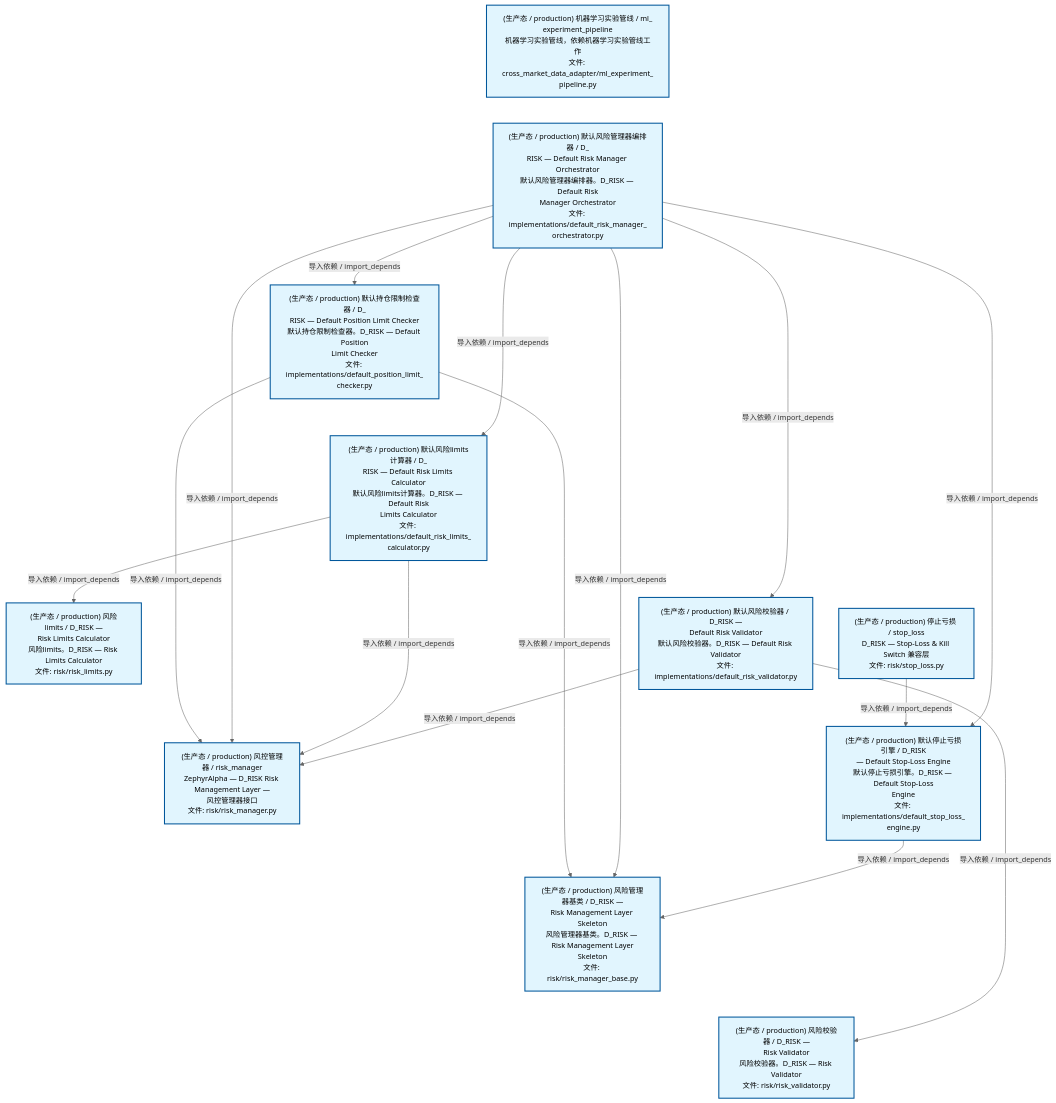
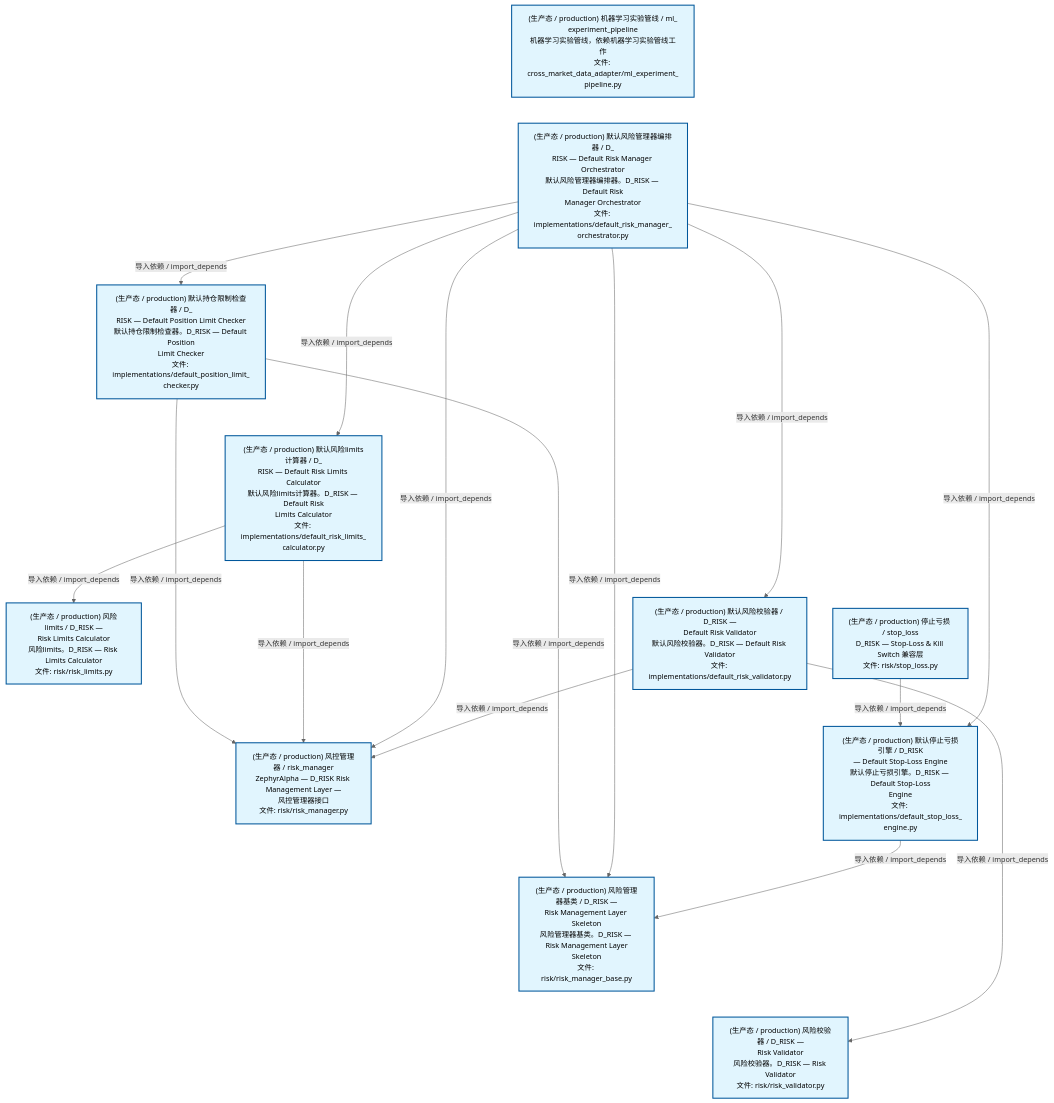
One commit to xuanFelixVan/ZephyrAlpha changed the second of 4 diagrams in docs/02_enterprise_architecture/02_domain_architecture_docs/65_d_risk.md. Above: the diagram before and after it, drawn with Mermaid. The commit also changed other lines of this file and 40 other files, not shown here.

````diff
--- a/docs/02_enterprise_architecture/02_domain_architecture_docs/65_d_risk.md
+++ b/docs/02_enterprise_architecture/02_domain_architecture_docs/65_d_risk.md
@@ -134,42 +134,42 @@
 ```mermaid
 %%{init: {'theme': 'base', 'themeVariables': {'primaryColor': '#eaeaea', 'primaryTextColor': '#333333', 'primaryBorderColor': '#666666', 'lineColor': '#666666', 'secondaryColor': '#eaeaea', 'tertiaryColor': '#eaeaea', 'fontSize': '14px'}}}%%
 flowchart TD
     src_zephyr_risk_cross_asset_cross_market_data_adapter_ml_experiment_pipeline_py["(生产态 / production) 机器学习实验管线 / ml_<br/>experiment_pipeline<br/>机器学习实验管线，依赖机器学习实验管线工作<br/>文件: cross_market_data_adapter/ml_experiment_<br/>pipeline.py"]
     src_zephyr_risk_implementations_default_risk_manager_orchestrator_py["(生产态 / production) 默认风险管理器编排器 / D_<br/>RISK — Default Risk Manager Orchestrator<br/>默认风险管理器编排器。D_RISK — Default Risk<br/>Manager Orchestrator<br/>文件: implementations/default_risk_manager_<br/>orchestrator.py"]
     src_zephyr_risk_stop_loss_py["(生产态 / production) 停止亏损 / stop_loss<br/>D_RISK — Stop-Loss & Kill Switch 兼容层<br/>文件: risk/stop_loss.py"]
     src_zephyr_risk_cross_asset_cross_market_data_adapter_ml_experiment_pipeline_py ~~~ src_zephyr_risk_implementations_default_risk_manager_orchestrator_py
     src_zephyr_risk_implementations_default_risk_manager_orchestrator_py ~~~ src_zephyr_risk_stop_loss_py
     src_zephyr_risk_implementations_default_position_limit_checker_py["(生产态 / production) 默认持仓限制检查器 / D_<br/>RISK — Default Position Limit Checker<br/>默认持仓限制检查器。D_RISK — Default Position<br/>Limit Checker<br/>文件: implementations/default_position_limit_<br/>checker.py"]
     src_zephyr_risk_implementations_default_risk_limits_calculator_py["(生产态 / production) 默认风险limits计算器 / D_<br/>RISK — Default Risk Limits Calculator<br/>默认风险limits计算器。D_RISK — Default Risk<br/>Limits Calculator<br/>文件: implementations/default_risk_limits_<br/>calculator.py"]
     src_zephyr_risk_implementations_default_risk_validator_py["(生产态 / production) 默认风险校验器 / D_RISK —<br/>Default Risk Validator<br/>默认风险校验器。D_RISK — Default Risk Validator<br/>文件: implementations/default_risk_validator.py"]
     src_zephyr_risk_implementations_default_stop_loss_engine_py["(生产态 / production) 默认停止亏损引擎 / D_RISK<br/>— Default Stop-Loss Engine<br/>默认停止亏损引擎。D_RISK — Default Stop-Loss<br/>Engine<br/>文件: implementations/default_stop_loss_<br/>engine.py"]
     src_zephyr_risk_implementations_default_position_limit_checker_py ~~~ src_zephyr_risk_implementations_default_risk_limits_calculator_py
     src_zephyr_risk_implementations_default_risk_limits_calculator_py ~~~ src_zephyr_risk_implementations_default_risk_validator_py
     src_zephyr_risk_implementations_default_risk_validator_py ~~~ src_zephyr_risk_implementations_default_stop_loss_engine_py
     src_zephyr_risk_risk_limits_py["(生产态 / production) 风险limits / D_RISK —<br/>Risk Limits Calculator<br/>风险limits。D_RISK — Risk Limits Calculator<br/>文件: risk/risk_limits.py"]
     src_zephyr_risk_risk_manager_py["(生产态 / production) 风控管理器 / risk_manager<br/>ZephyrAlpha — D_RISK Risk Management Layer —<br/>风控管理器接口<br/>文件: risk/risk_manager.py"]
     src_zephyr_risk_risk_manager_base_py["(生产态 / production) 风险管理器基类 / D_RISK —<br/>Risk Management Layer Skeleton<br/>风险管理器基类。D_RISK — Risk Management Layer<br/>Skeleton<br/>文件: risk/risk_manager_base.py"]
     src_zephyr_risk_risk_validator_py["(生产态 / production) 风险校验器 / D_RISK —<br/>Risk Validator<br/>风险校验器。D_RISK — Risk Validator<br/>文件: risk/risk_validator.py"]
     src_zephyr_risk_risk_limits_py ~~~ src_zephyr_risk_risk_manager_py
     src_zephyr_risk_risk_manager_py ~~~ src_zephyr_risk_risk_manager_base_py
     src_zephyr_risk_risk_manager_base_py ~~~ src_zephyr_risk_risk_validator_py
     src_zephyr_risk_stop_loss_py -->|导入依赖 / import_depends| src_zephyr_risk_implementations_default_stop_loss_engine_py
+    src_zephyr_risk_implementations_default_position_limit_checker_py -->|导入依赖 / import_depends| src_zephyr_risk_risk_manager_py
     src_zephyr_risk_implementations_default_position_limit_checker_py -->|导入依赖 / import_depends| src_zephyr_risk_risk_manager_base_py
-    src_zephyr_risk_implementations_default_position_limit_checker_py -->|导入依赖 / import_depends| src_zephyr_risk_risk_manager_py
+    src_zephyr_risk_implementations_default_risk_limits_calculator_py -->|导入依赖 / import_depends| src_zephyr_risk_risk_manager_py
+    src_zephyr_risk_implementations_default_risk_limits_calculator_py -->|导入依赖 / import_depends| src_zephyr_risk_risk_limits_py
+    src_zephyr_risk_implementations_default_risk_manager_orchestrator_py -->|导入依赖 / import_depends| src_zephyr_risk_risk_manager_py
     src_zephyr_risk_implementations_default_risk_manager_orchestrator_py -->|导入依赖 / import_depends| src_zephyr_risk_risk_manager_base_py
-    src_zephyr_risk_implementations_default_risk_manager_orchestrator_py -->|导入依赖 / import_depends| src_zephyr_risk_risk_manager_py
     src_zephyr_risk_implementations_default_risk_manager_orchestrator_py -->|导入依赖 / import_depends| src_zephyr_risk_implementations_default_position_limit_checker_py
     src_zephyr_risk_implementations_default_risk_manager_orchestrator_py -->|导入依赖 / import_depends| src_zephyr_risk_implementations_default_risk_limits_calculator_py
+    src_zephyr_risk_implementations_default_risk_manager_orchestrator_py -->|导入依赖 / import_depends| src_zephyr_risk_implementations_default_risk_validator_py
     src_zephyr_risk_implementations_default_risk_manager_orchestrator_py -->|导入依赖 / import_depends| src_zephyr_risk_implementations_default_stop_loss_engine_py
-    src_zephyr_risk_implementations_default_risk_manager_orchestrator_py -->|导入依赖 / import_depends| src_zephyr_risk_implementations_default_risk_validator_py
-    src_zephyr_risk_implementations_default_risk_limits_calculator_py -->|导入依赖 / import_depends| src_zephyr_risk_risk_limits_py
-    src_zephyr_risk_implementations_default_risk_limits_calculator_py -->|导入依赖 / import_depends| src_zephyr_risk_risk_manager_py
+    src_zephyr_risk_implementations_default_risk_validator_py -->|导入依赖 / import_depends| src_zephyr_risk_risk_manager_py
+    src_zephyr_risk_implementations_default_risk_validator_py -->|导入依赖 / import_depends| src_zephyr_risk_risk_validator_py
     src_zephyr_risk_implementations_default_stop_loss_engine_py -->|导入依赖 / import_depends| src_zephyr_risk_risk_manager_base_py
-    src_zephyr_risk_implementations_default_risk_validator_py -->|导入依赖 / import_depends| src_zephyr_risk_risk_validator_py
-    src_zephyr_risk_implementations_default_risk_validator_py -->|导入依赖 / import_depends| src_zephyr_risk_risk_manager_py
     classDef production fill:#e1f5fe,stroke:#01579b,stroke-width:2px,color:#000
     classDef design fill:#fff3e0,stroke:#e65100,stroke-width:2px,color:#000,stroke-dasharray: 5 5
     classDef external_prod fill:#e8f4fd,stroke:#0277bd,stroke-width:1px,color:#000
     classDef external_design fill:#fff8e7,stroke:#ef6c00,stroke-width:1px,color:#000,stroke-dasharray: 5 5
     class src_zephyr_risk_cross_asset_cross_market_data_adapter_ml_experiment_pipeline_py,src_zephyr_risk_implementations_default_position_limit_checker_py,src_zephyr_risk_implementations_default_risk_limits_calculator_py,src_zephyr_risk_implementations_default_risk_manager_orchestrator_py,src_zephyr_risk_implementations_default_risk_validator_py,src_zephyr_risk_implementations_default_stop_loss_engine_py,src_zephyr_risk_risk_limits_py,src_zephyr_risk_risk_manager_py,src_zephyr_risk_risk_manager_base_py,src_zephyr_risk_risk_validator_py,src_zephyr_risk_stop_loss_py production
 ```
````
